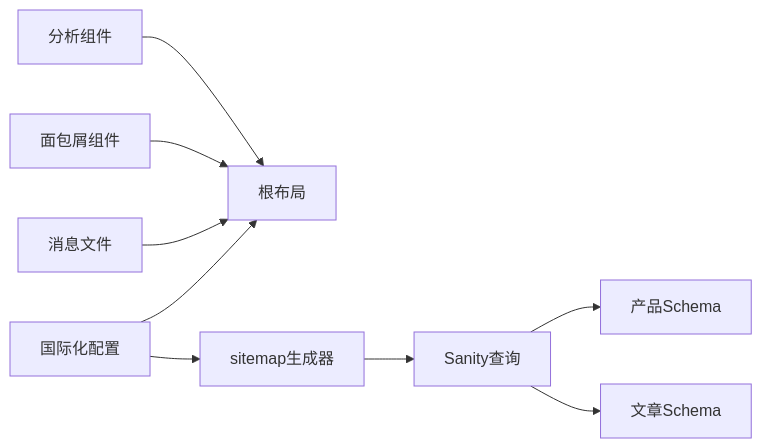
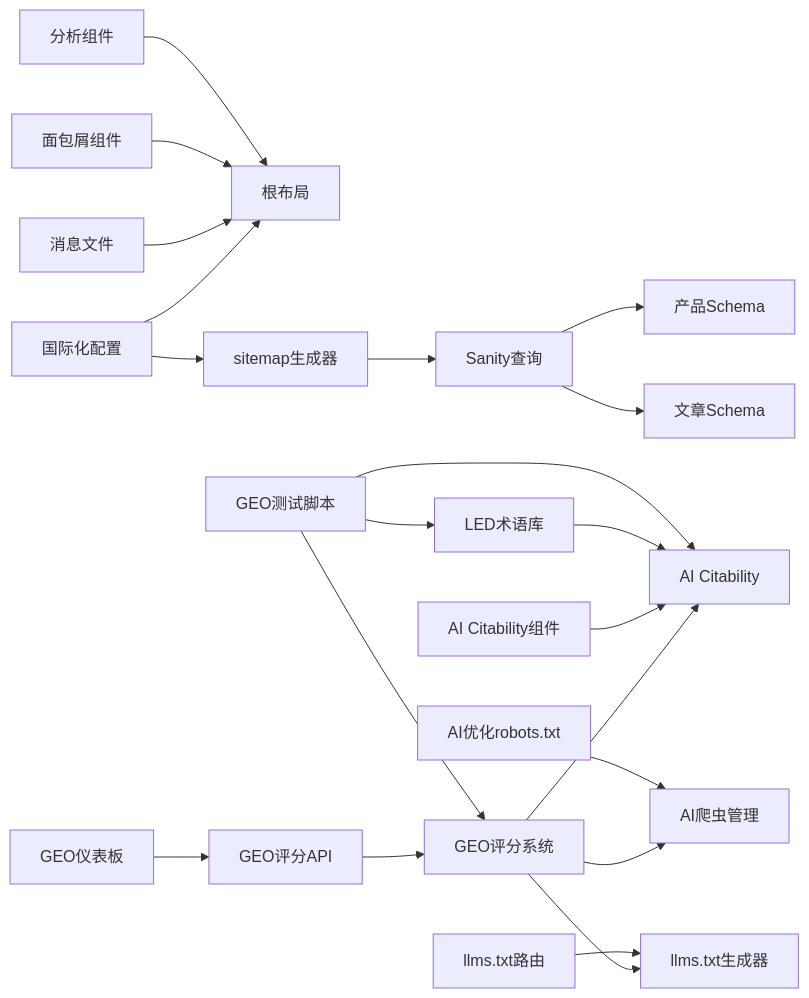
Diagram 11 of 11 in .qoder/repowiki/zh/content/SEO优化系统/SEO优化系统.md (waltzhan/LEDTrade), drawn with Mermaid before and after one commit. The commit also changed other lines of this file and 20 other files, not shown here.

````diff
--- a/.qoder/repowiki/zh/content/SEO优化系统/SEO优化系统.md
+++ b/.qoder/repowiki/zh/content/SEO优化系统/SEO优化系统.md
@@ -397,11 +755,23 @@
 ```mermaid
 graph LR
 IC["国际化配置"] --> L["根布局"]
 IC --> S["sitemap生成器"]
 ME["消息文件"] --> L
 B["面包屑组件"] --> L
 GA["分析组件"] --> L
 S --> SC["Sanity查询"]
 SC --> SP["产品Schema"]
 SC --> SA["文章Schema"]
+GDR["GEO仪表板"] --> GS["GEO评分API"]
+GS --> GS_LIB["GEO评分系统"]
+GS_LIB --> AC_LIB["AI Citability"]
+GS_LIB --> RC_LIB["AI爬虫管理"]
+GS_LIB --> L_TXT["llms.txt生成器"]
+ACB["AI Citability组件"] --> AC_LIB
+LG["LED术语库"] --> AC_LIB
+LLMS["llms.txt路由"] --> L_TXT
+RTC["AI优化robots.txt"] --> RC_LIB
+TEST["GEO测试脚本"] --> GS_LIB
+TEST --> AC_LIB
+TEST --> LG
 ```
````
